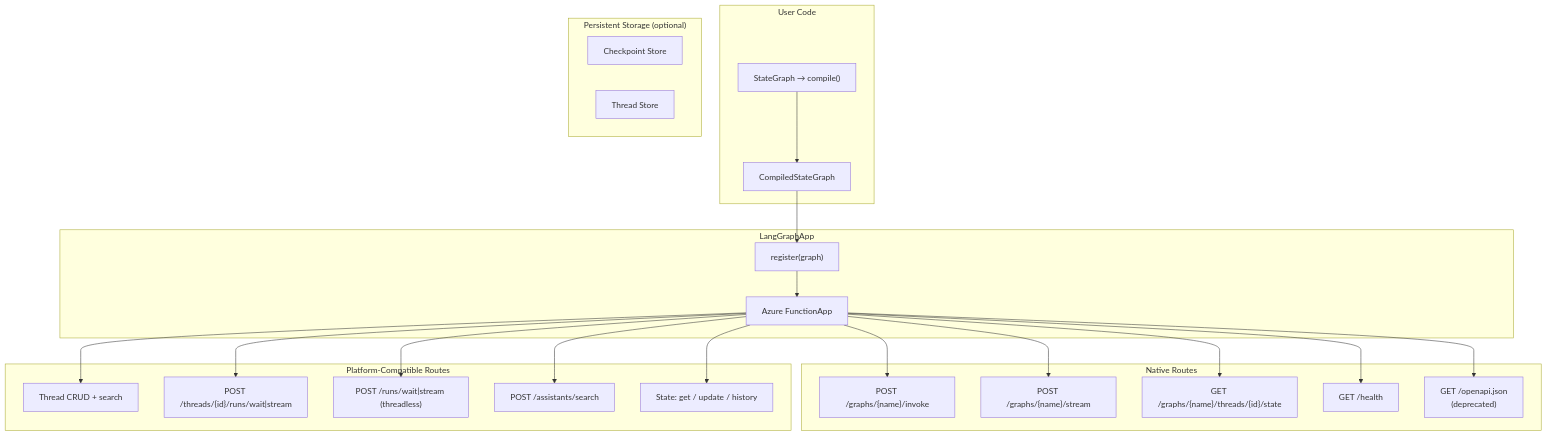
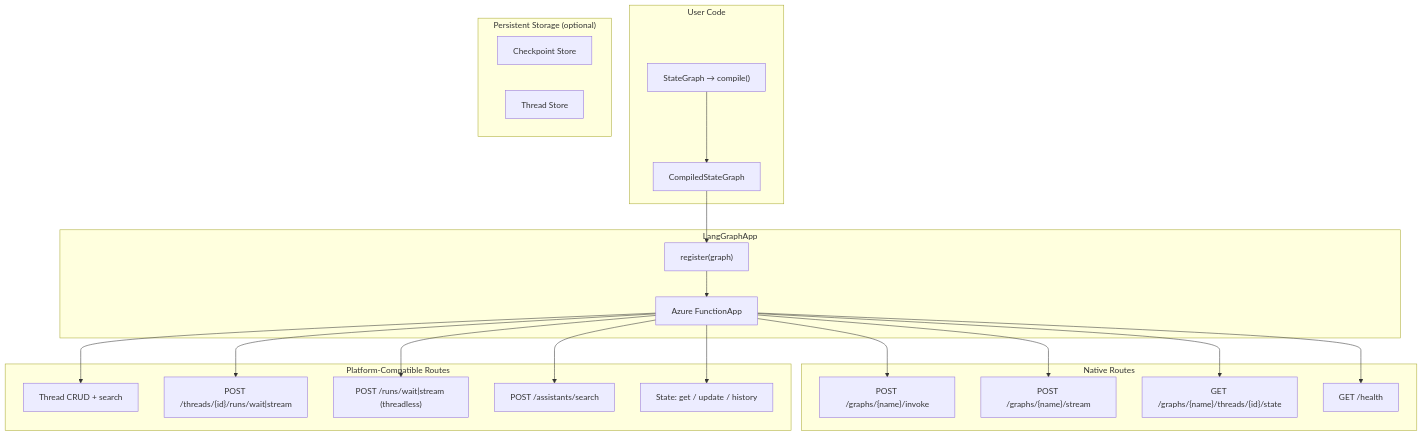
Before and after one commit to yeongseon/azure-functions-langgraph-python: the first of 5 diagrams in docs/architecture.md, drawn with Mermaid. The commit also changed other lines of this file and 1 other file, not shown here.

First line of the commit message:
docs: update DESIGN.md and architecture docs for OpenAPI removal (#99)

````diff
--- a/docs/architecture.md
+++ b/docs/architecture.md
@@ -7,33 +7,31 @@
 ```mermaid
 flowchart TB
     subgraph User ["User Code"]
         SG["StateGraph → compile()"] --> CSG["CompiledStateGraph"]
     end
 
     subgraph Core ["LangGraphApp"]
         CSG --> REG["register(graph)"]
         REG --> FA["Azure FunctionApp"]
     end
 
     subgraph Native ["Native Routes"]
         FA --> INV["POST /graphs/{name}/invoke"]
         FA --> STR["POST /graphs/{name}/stream"]
         FA --> GST["GET /graphs/{name}/threads/{id}/state"]
         FA --> HLT["GET /health"]
-        FA --> OAI["GET /openapi.json
-(deprecated)"]
     end
 
     subgraph Platform ["Platform-Compatible Routes"]
         FA --> THR["Thread CRUD + search"]
         FA --> RUN["POST /threads/{id}/runs/wait|stream"]
         FA --> TLR["POST /runs/wait|stream (threadless)"]
         FA --> AST["POST /assistants/search"]
         FA --> PST["State: get / update / history"]
     end
 
     subgraph Storage ["Persistent Storage (optional)"]
         CKP["Checkpoint Store"]
         THS["Thread Store"]
     end
 ```
````
